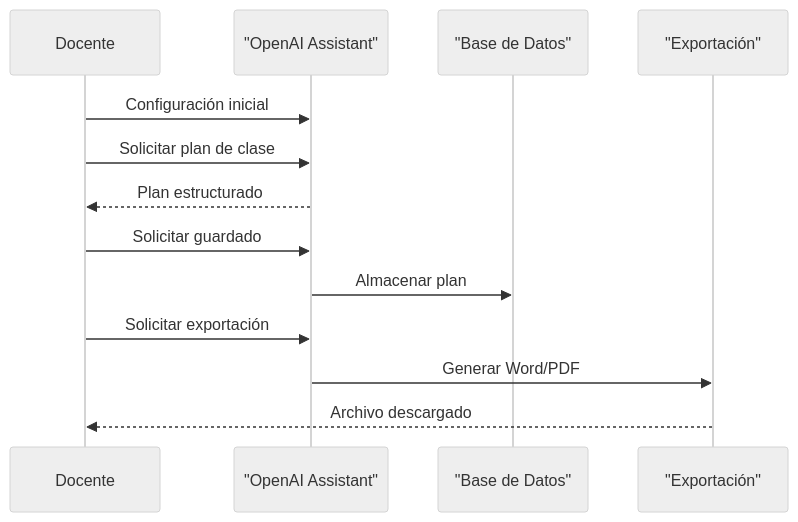
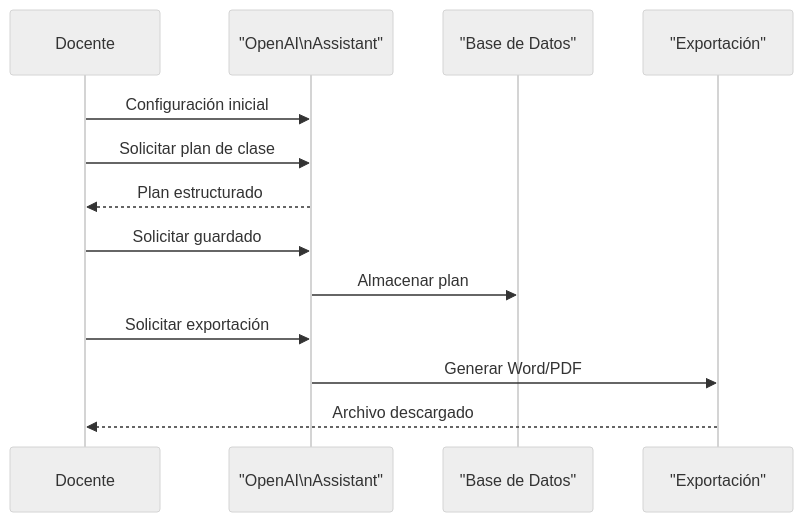
The second of 6 diagrams in README.md (Curriaga2002/tutor-agente-ia), drawn with Mermaid (neutral theme) before and after one commit. The commit also changed other lines of this file, not shown here.

Commit message:
docs: mejorar visualización de textos en nodos de diagramas Mermaid con saltos de línea

````diff
--- a/README.md
+++ b/README.md
@@ -104,19 +104,19 @@
 ```mermaid
 sequenceDiagram
     participant Docente
-    participant Agente as "OpenAI Assistant"
+    participant Agente as "OpenAI\nAssistant"
     participant BaseDeDatos as "Base de Datos"
     participant Exportacion as "Exportación"
 
     Docente ->> Agente: Configuración inicial
     Docente ->> Agente: Solicitar plan de clase
     Agente -->> Docente: Plan estructurado
 
     Docente ->> Agente: Solicitar guardado
     Agente ->> BaseDeDatos: Almacenar plan
 
     Docente ->> Agente: Solicitar exportación
     Agente ->> Exportacion: Generar Word/PDF
     Exportacion -->> Docente: Archivo descargado
 
 ```
````
